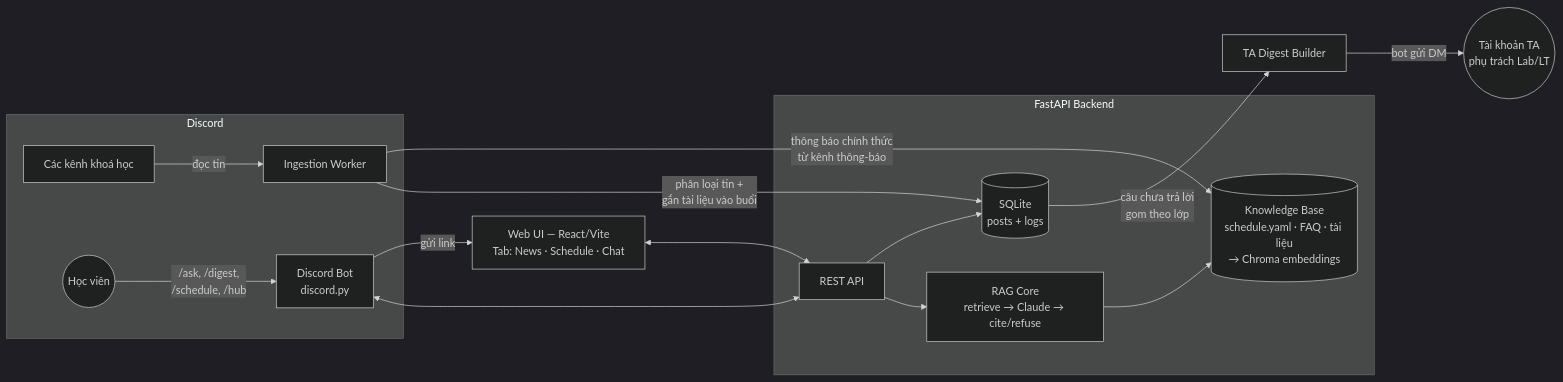
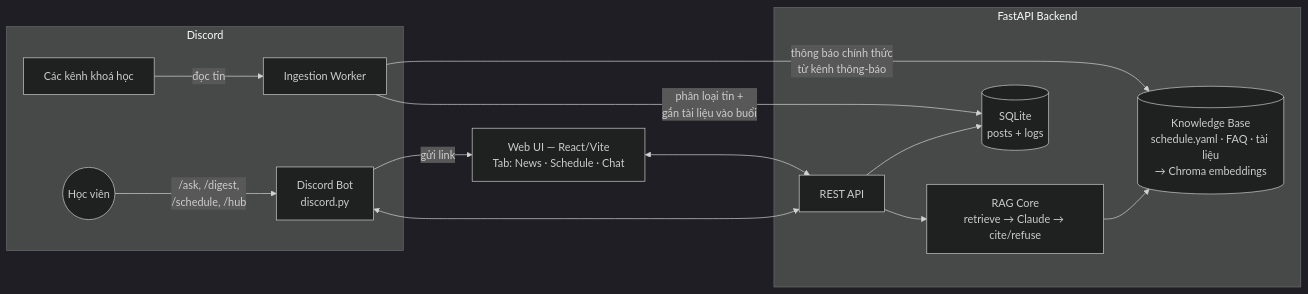
The diagram in MASTERPLAN.md (AnKun10/Day05-VentureArena), drawn with Mermaid (dark theme) before and after one commit. The commit also changed other lines of this file and 2 other files, not shown here.

First line of the commit message:
Remove TA escalation flow; refusal now redirects to #hoi-dap channel

````diff
--- a/MASTERPLAN.md
+++ b/MASTERPLAN.md
@@ -38,21 +36,19 @@
 ```mermaid
 flowchart LR
     subgraph Discord
         CH[Các kênh khoá học] -->|đọc tin| ING[Ingestion Worker]
         U((Học viên)) -->|/ask, /digest,\n/schedule, /hub| BOT[Discord Bot\ndiscord.py]
     end
     ING -->|phân loại tin +\ngắn tài liệu vào buổi| DB[(SQLite\nposts + logs)]
     ING -->|thông báo chính thức\ntừ kênh thông-báo| KB
     subgraph Backend [FastAPI Backend]
         API[REST API]
         RAG[RAG Core\nretrieve → Claude → cite/refuse]
         KB[(Knowledge Base\nschedule.yaml · FAQ · tài liệu\n→ Chroma embeddings)]
         API --> RAG --> KB
         API --> DB
     end
     BOT <--> API
     UI[Web UI — React/Vite\nTab: News · Schedule · Chat] <--> API
     BOT -->|gửi link| UI
-    DB -->|câu chưa trả lời\ngom theo lớp| TDG[TA Digest Builder]
-    TDG -->|bot gửi DM| TA((Tài khoản TA\nphụ trách Lab/LT))
 ```
````
